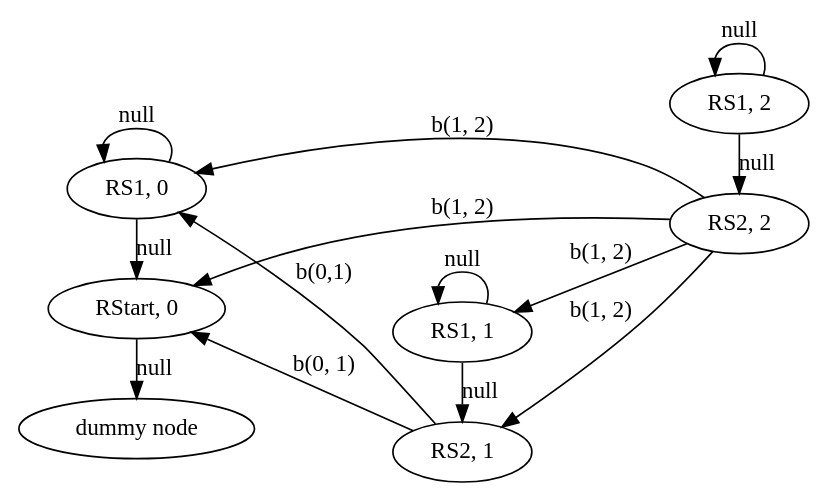
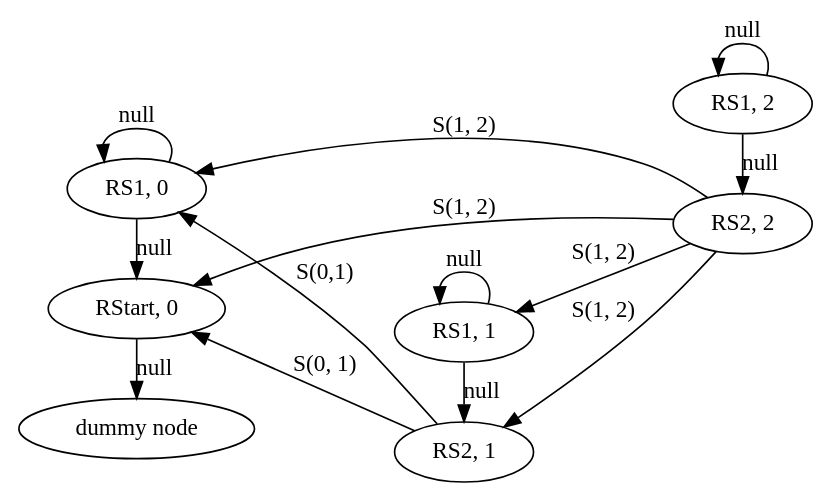
One commit to YaccConstructor/articles changed the diagram in TMPA2014/gss.dot. Above: the diagram before and after it, drawn with Graphviz. The commit also changed 8 other files, not shown here.

```diff
--- a/TMPA2014/gss.dot
+++ b/TMPA2014/gss.dot
@@ -1,26 +1,26 @@
 digraph GSS {
     rankdir=RL
     0 [label="dummy node"]
     1 [label="RStart, 0"]
     1 -> 0 [label="null"]
     2 [label="RS1, 0"]
     2 -> 1 [label="null"]
     2 -> 2 [label="null"]
     3 [label="RS2, 1"]
-    3 -> 1 [label="b(0, 1)"]
-    3 -> 2 [label="b(0,1)"]
+    3 -> 1 [label="S(0, 1)"]
+    3 -> 2 [label="S(0,1)"]
     4 [label="RS1, 1"]
     4 -> 3 [label="null"]
     4 -> 4 [label="null"]
     5 [label="RS2, 2"]
-    5 -> 1 [label="b(1, 2)"]
-    5 -> 2 [label="b(1, 2)"]
-    5 -> 3 [label="b(1, 2)"]
-    5 -> 4 [label="b(1, 2)"]
+    5 -> 1 [label="S(1, 2)"]
+    5 -> 2 [label="S(1, 2)"]
+    5 -> 3 [label="S(1, 2)"]
+    5 -> 4 [label="S(1, 2)"]
     6 [label="RS1, 2"]
     6 -> 5 [label="null"]
     6 -> 6 [label="null"]
     {rank=same; 2 1 0}
     {rank=same; 4 3}
     {rank=same; 6 5}
 }
```
